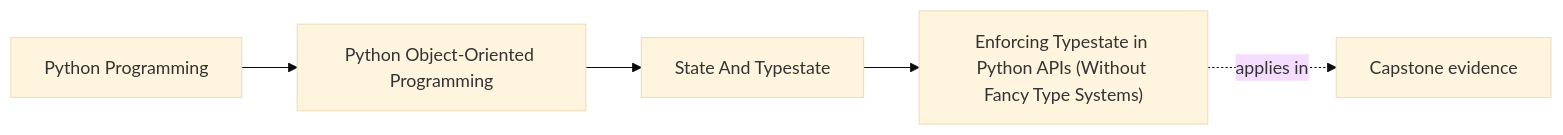
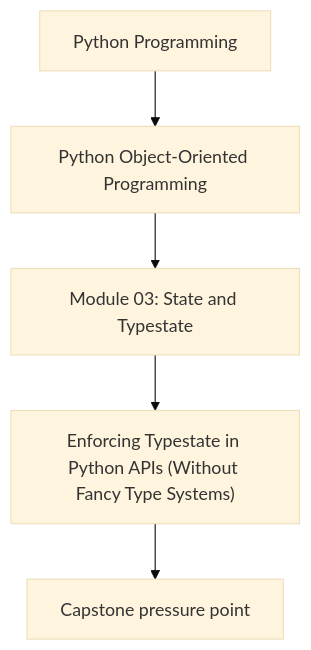
Before and after one commit to bijux/bijux-masterclass: the first of 2 diagrams in programs/python-programming/python-object-oriented-programming/course-book/module-03-state-and-typestate/typestate-in-python-apis.md, drawn with Mermaid (base theme). The commit also changed other lines of this file and 107 other files, not shown here.

Commit message:
docs(python-object-oriented-programming): align concept page diagrams

````diff
--- a/programs/python-programming/python-object-oriented-programming/course-book/module-03-state-and-typestate/typestate-in-python-apis.md
+++ b/programs/python-programming/python-object-oriented-programming/course-book/module-03-state-and-typestate/typestate-in-python-apis.md
@@ -7,11 +7,7 @@
 ```mermaid
-graph LR
-  family["Python Programming"]
-  program["Python Object-Oriented Programming"]
-  section["State And Typestate"]
-  page["Enforcing Typestate in Python APIs (Without Fancy Type Systems)"]
-  capstone["Capstone evidence"]
-
-  family --> program --> section --> page
-  page -.applies in.-> capstone
+flowchart TD
+  family["Python Programming"] --> program["Python Object-Oriented Programming"]
+  program --> module["Module 03: State and Typestate"]
+  module --> concept["Enforcing Typestate in Python APIs (Without Fancy Type Systems)"]
+  concept --> capstone["Capstone pressure point"]
 ```
````
